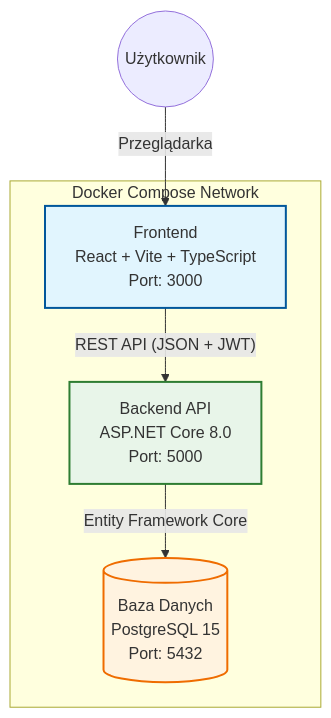
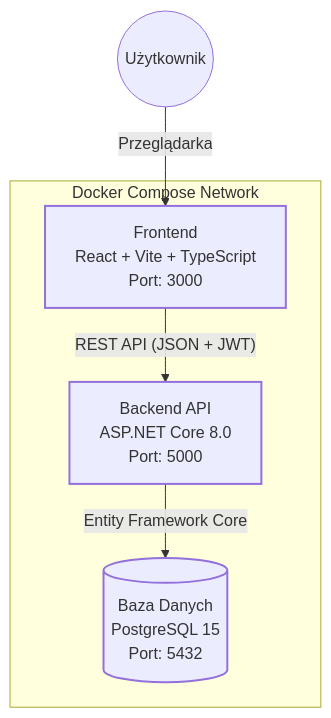
One commit to Kamivarr/SplitMate changed the diagram in README.md. Above: the diagram before and after it, drawn with Mermaid.

````diff
--- a/README.md
+++ b/README.md
@@ -46,18 +46,18 @@
 ```mermaid
 graph TD
     User((Użytkownik))
     
     subgraph "Docker Compose Network"
-        style Frontend fill:#e1f5fe,stroke:#01579b,stroke-width:2px
-        style Backend fill:#e8f5e9,stroke:#2e7d32,stroke-width:2px
-        style Db fill:#fff3e0,stroke:#ef6c00,stroke-width:2px
+        style Frontend fill:stroke:#01579b,stroke-width:2px
+        style Backend fill:stroke:#2e7d32,stroke-width:2px
+        style Db fill:stroke:#ef6c00,stroke-width:2px
 
         Frontend[Frontend<br/>React + Vite + TypeScript<br/>Port: 3000]
         Backend[Backend API<br/>ASP.NET Core 8.0<br/>Port: 5000]
         Db[(Baza Danych<br/>PostgreSQL 15<br/>Port: 5432)]
     end
 
     User -->|Przeglądarka| Frontend
     Frontend -->|"REST API (JSON + JWT)"| Backend
     Backend -->|Entity Framework Core| Db
 ```
````
